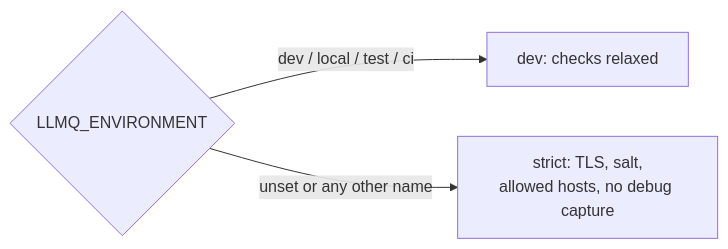
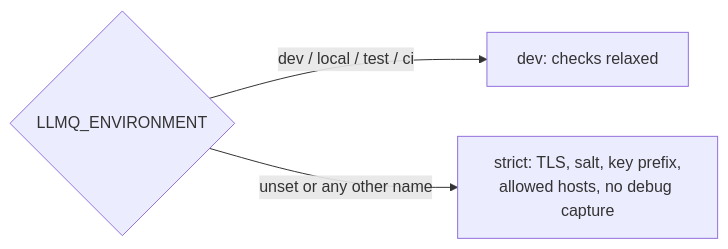
One commit to techiewonk/llm-queue changed the diagram in docs/reference/environment.md. Above: the diagram before and after it, drawn with Mermaid. The commit also changed other lines of this file and 3 other files, not shown here.

````diff
--- a/docs/reference/environment.md
+++ b/docs/reference/environment.md
@@ -45,5 +56,5 @@
 ```mermaid
 flowchart LR
   E{LLMQ_ENVIRONMENT} -- "dev / local / test / ci" --> D[dev: checks relaxed]
-  E -- "unset or any other name" --> S[strict: TLS, salt,<br/>allowed hosts, no debug capture]
+  E -- "unset or any other name" --> S[strict: TLS, salt, key prefix,<br/>allowed hosts, no debug capture]
 ```
````
